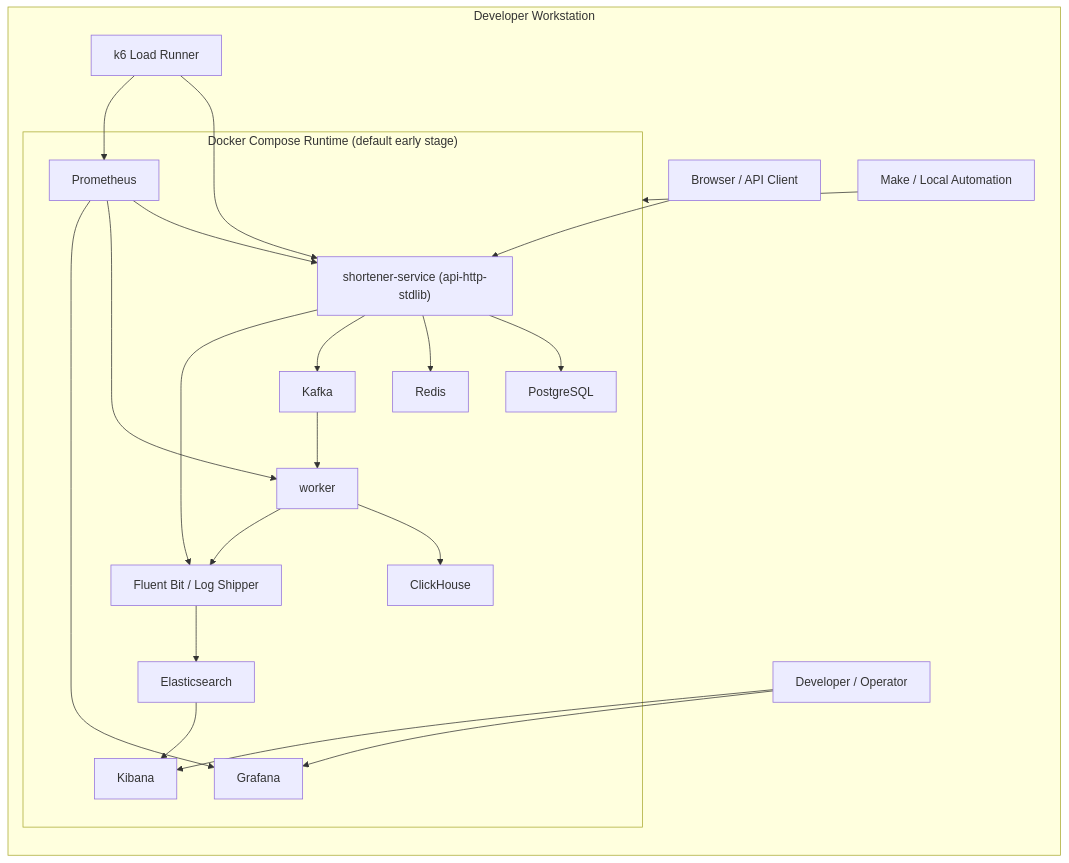
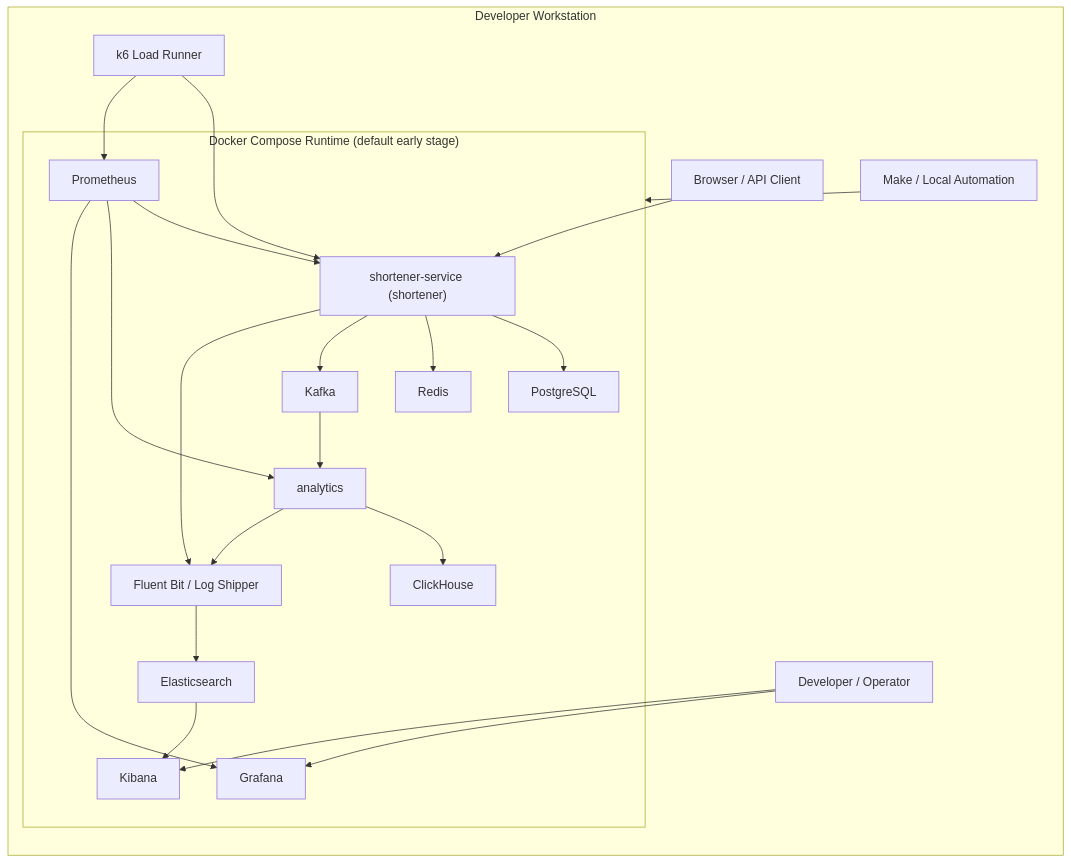
The first of 7 diagrams in docs/system_design.md (fev0ks/sandbox_url_shortener), drawn with Mermaid before and after one commit. The commit also changed other lines of this file and 63 other files, not shown here.

Commit message:
refactor: split shortener and analytics into services

````diff
--- a/docs/system_design.md
+++ b/docs/system_design.md
@@ -49,43 +49,43 @@
 ```mermaid
 flowchart LR
     subgraph workstation["Developer Workstation"]
         user["Browser / API Client"]
         operator["Developer / Operator"]
         k6["k6 Load Runner"]
         cli["Make / Local Automation"]
 
         subgraph compose["Docker Compose Runtime (default early stage)"]
-            shortener["shortener-service (api-http-stdlib)"]
-            worker["worker"]
+            shortener["shortener-service (shortener)"]
+            analytics["analytics"]
             pg["PostgreSQL"]
             redis["Redis"]
             kafka["Kafka"]
             ch["ClickHouse"]
             prom["Prometheus"]
             grafana["Grafana"]
             es["Elasticsearch"]
             kibana["Kibana"]
             shipper["Fluent Bit / Log Shipper"]
         end
     end
 
     user --> shortener
     operator --> grafana
     operator --> kibana
     k6 --> shortener
     cli --> compose
 
     shortener --> pg
     shortener --> redis
     shortener --> kafka
-    kafka --> worker
-    worker --> ch
+    kafka --> analytics
+    analytics --> ch
     shortener --> shipper
-    worker --> shipper
+    analytics --> shipper
     shipper --> es
     es --> kibana
     prom --> shortener
-    prom --> worker
+    prom --> analytics
     k6 --> prom
     prom --> grafana
 ```
````
